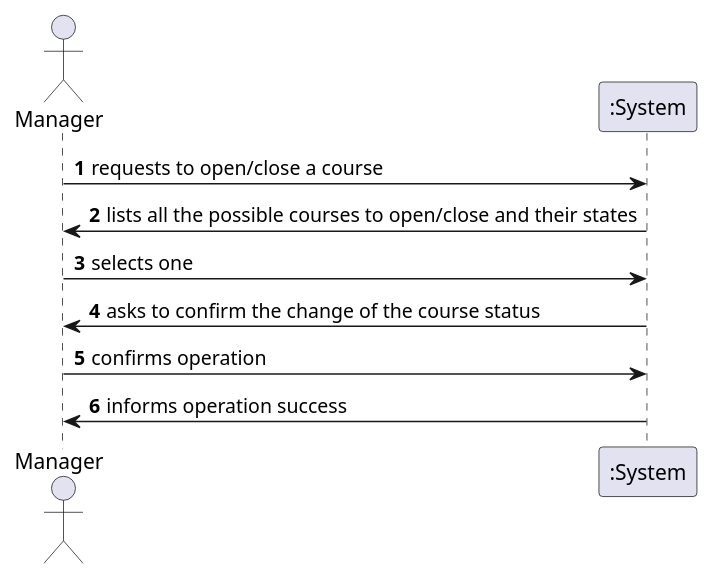
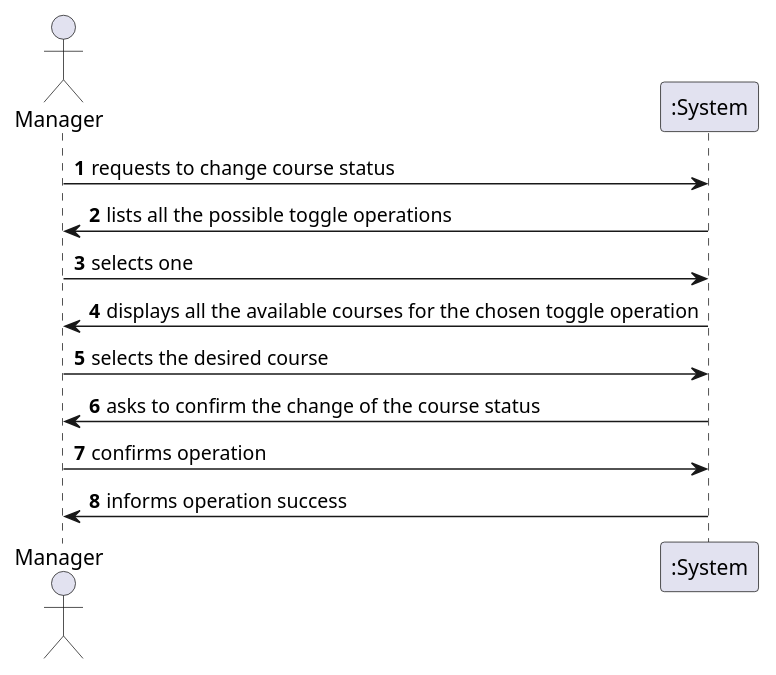
The diagram in docs/sprint-b/us10-1004/US1004_SSD.puml (miseEnPlace-dev/lapr4), drawn with PlantUML before and after one commit. The commit also changed 2 other files, not shown here.

```diff
--- a/docs/sprint-b/us10-1004/US1004_SSD.puml
+++ b/docs/sprint-b/us10-1004/US1004_SSD.puml
@@ -1,20 +1,24 @@
 @startuml US1004_SSD
 'https://plantuml.com/sequence-diagram
 actor "Manager" as manager
 participant ":System" as system
 autonumber
 
 
-manager -> system: requests to open/close a course
+manager -> system: requests to change course status
 
-system -> manager: lists all the possible courses to open/close and their states
+system -> manager: lists all the possible toggle operations
 
 manager -> system: selects one
+
+system -> manager: displays all the available courses for the chosen toggle operation
+
+manager -> system: selects the desired course
 
 system -> manager: asks to confirm the change of the course status
 
 manager -> system: confirms operation
 
 system -> manager: informs operation success
 
 @enduml
```
